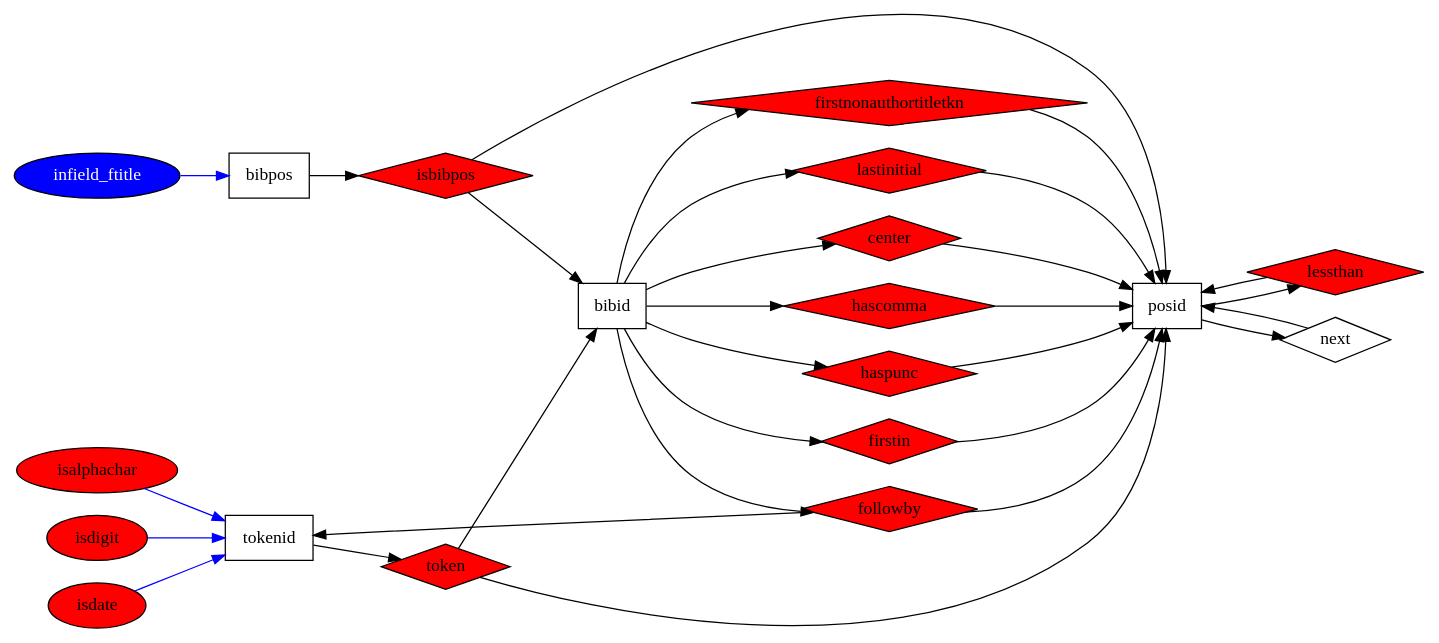
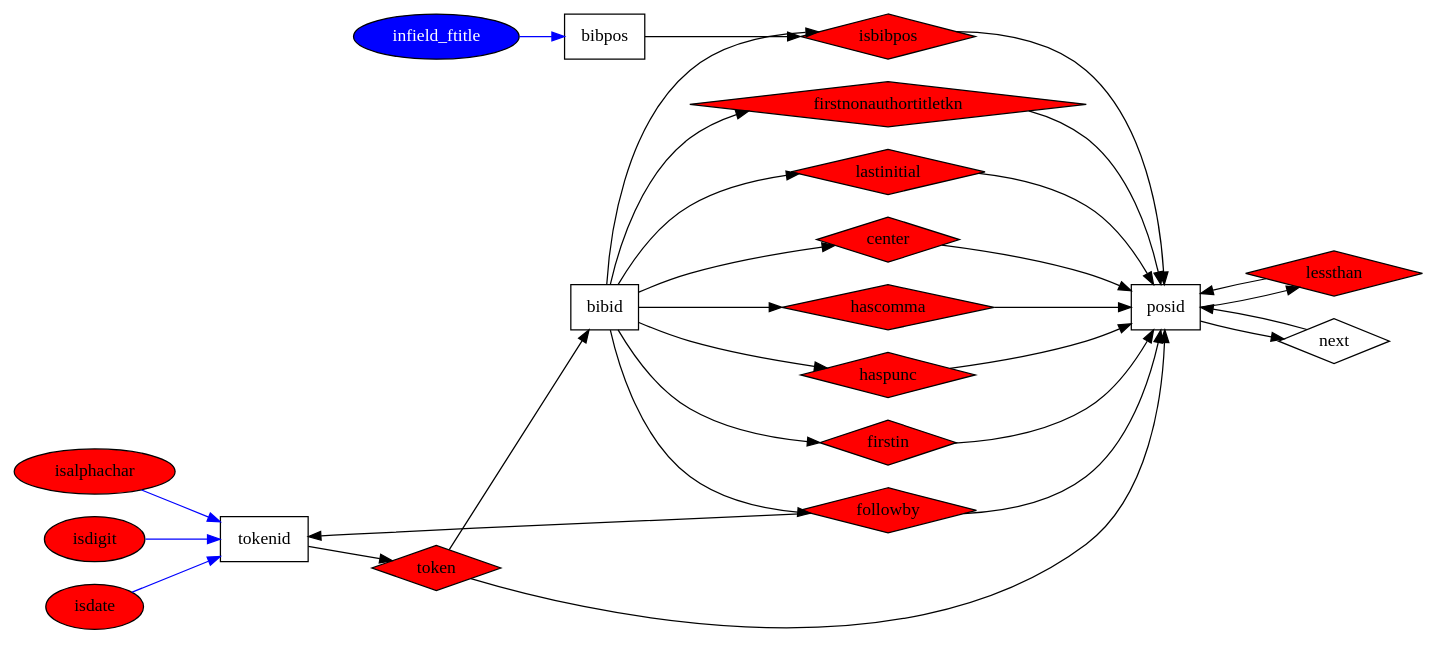
One commit to harshakokel/JA-Walk-ER changed the diagram in dots/citeseer.dot. Above: the diagram before and after it, drawn with Graphviz. The commit also changed 2 other files, not shown here.

```diff
--- a/dots/citeseer.dot
+++ b/dots/citeseer.dot
@@ -1,95 +1,95 @@
 digraph G {
     rankdir=LR;
     fontname="sans-serif";
     penwidth="0.1";
     edge [comment="Wildcard node added automatic in EG."];
     node [comment="Wildcard node added automatic in EG."];
     "isalphachar" [shape="ellipse", 
                    style="filled", 
                    fillcolor="red"];
     "isbibpos" [shape="polygon", 
                 style="filled", 
                 fillcolor="red", 
                 orientation="45.0"];
     "hascomma" [shape="polygon", 
                 style="filled", 
                 fillcolor="red", 
                 orientation="45.0"];
     "followby" [shape="polygon", 
                 style="filled", 
                 fillcolor="red", 
                 orientation="45.0"];
     "haspunc" [shape="polygon", 
                style="filled", 
                fillcolor="red", 
                orientation="45.0"];
     "firstin" [shape="polygon", 
                style="filled", 
                fillcolor="red", 
                orientation="45.0"];
     "token" [shape="polygon", 
              style="filled", 
              fillcolor="red", 
              orientation="45.0"];
     "isdigit" [shape="ellipse", 
                style="filled", 
                fillcolor="red"];
     "lessthan" [shape="polygon", 
                 style="filled", 
                 fillcolor="red", 
                 orientation="45.0"];
     "next" [shape="polygon", 
             orientation="45.0"];
     "bibpos" [shape="box"];
     "tokenid" [shape="box"];
     "isdate" [shape="ellipse", 
               style="filled", 
               fillcolor="red"];
     "firstnonauthortitletkn" [shape="polygon", 
                               style="filled", 
                               orientation="45.0", 
                               fillcolor="red"];
     "lastinitial" [shape="polygon", 
                    style="filled", 
                    fillcolor="red", 
                    orientation="45.0"];
     "posid" [shape="box"];
     "center" [shape="polygon", 
               style="filled", 
               fillcolor="red", 
               orientation="45.0"];
     "bibid" [shape="box"];
     "infield_ftitle" [fontcolor="white", 
                       shape="ellipse", 
                       style="filled", 
                       fillcolor="blue"];
     "bibid" -> "lastinitial";
     "bibid" -> "haspunc";
     "bibid" -> "firstnonauthortitletkn";
     "followby" -> "tokenid";
     "bibid" -> "followby";
     "haspunc" -> "posid";
     "firstin" -> "posid";
     "lessthan" -> "posid";
     "isdigit" -> "tokenid"  [color="blue"];
     "bibid" -> "firstin";
     "infield_ftitle" -> "bibpos"  [color="blue"];
     "tokenid" -> "token";
     "bibid" -> "center";
     "token" -> "posid";
     "hascomma" -> "posid";
     "token" -> "bibid";
     "posid" -> "next";
     "isalphachar" -> "tokenid"  [color="blue"];
     "posid" -> "lessthan";
     "center" -> "posid";
     "bibid" -> "hascomma";
     "firstnonauthortitletkn" -> "posid";
     "isdate" -> "tokenid"  [color="blue"];
     "followby" -> "posid";
     "lastinitial" -> "posid";
     "next" -> "posid";
     "isbibpos" -> "posid";
-    "isbibpos" -> "bibid";
+    "bibid" -> "isbibpos";
     "bibpos" -> "isbibpos";
 }
```
